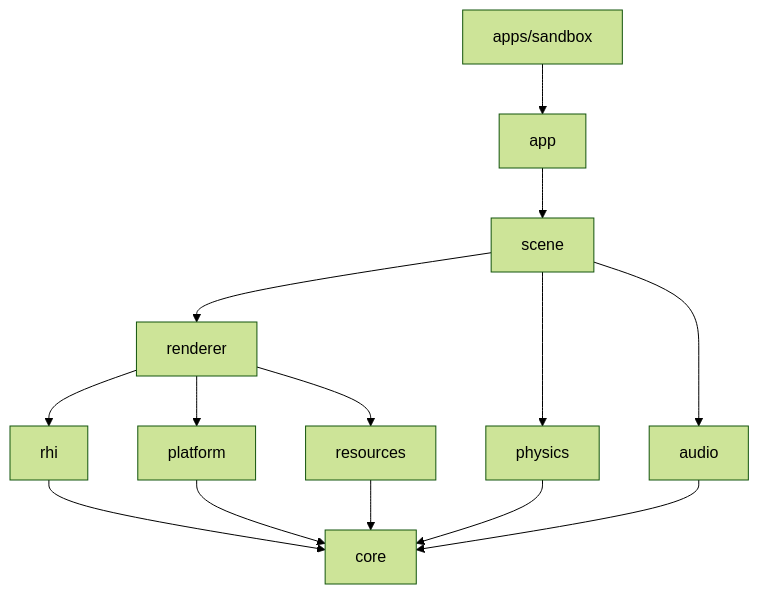
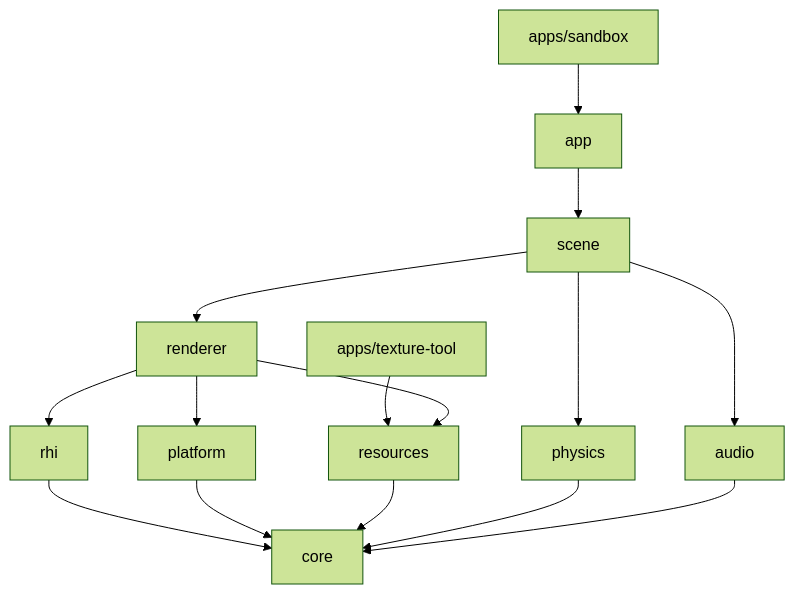
One commit to SBXdev3D/daidalos-engine-next changed the first of 12 diagrams in docs/ARCHITECTURE.md. Above: the diagram before and after it, drawn with Mermaid (forest theme). The commit also changed other lines of this file and 121 other files, not shown here.

````diff
--- a/docs/ARCHITECTURE.md
+++ b/docs/ARCHITECTURE.md
@@ -9,16 +9,17 @@
 ```mermaid
 flowchart TD
     sandbox["apps/sandbox"] --> app
+    tool["apps/texture-tool"] --> resources
     app --> scene
     scene --> renderer
     scene --> physics
     scene --> audio
     renderer --> rhi
     renderer --> platform
     renderer --> resources
     rhi --> core
     platform --> core
     resources --> core
     physics --> core
     audio --> core
 ```
````
